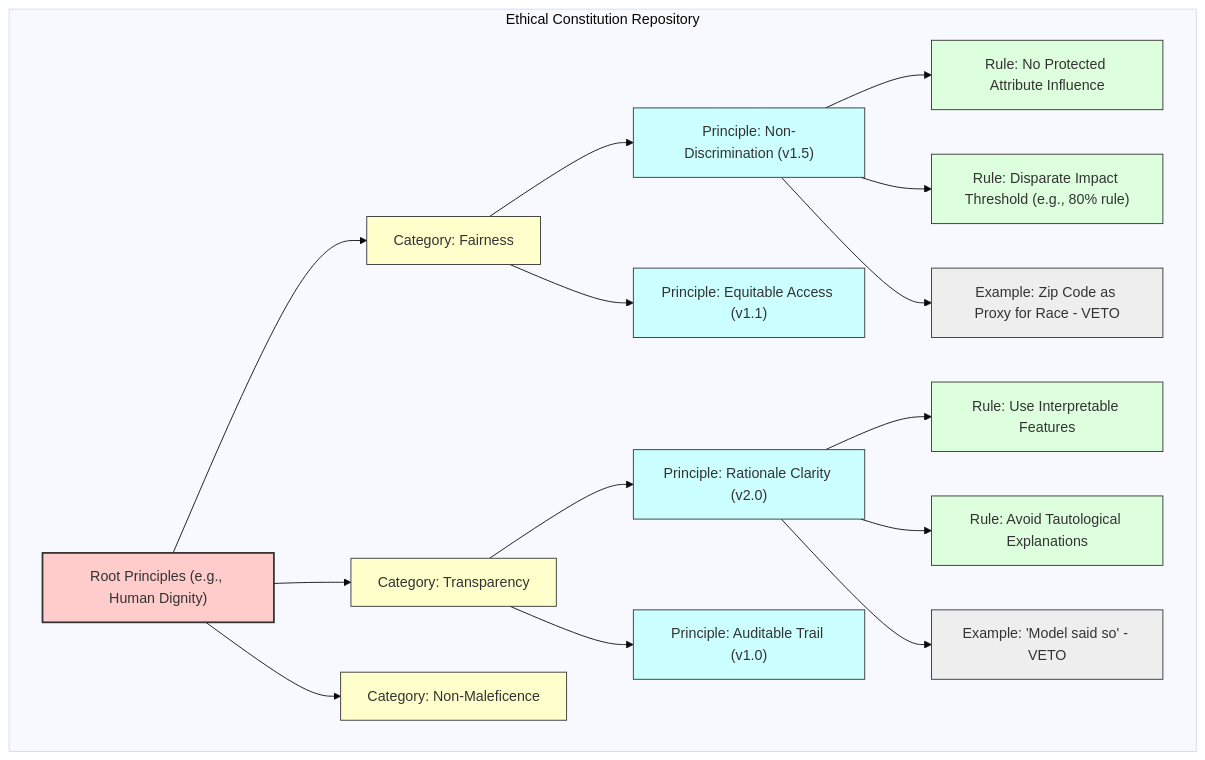
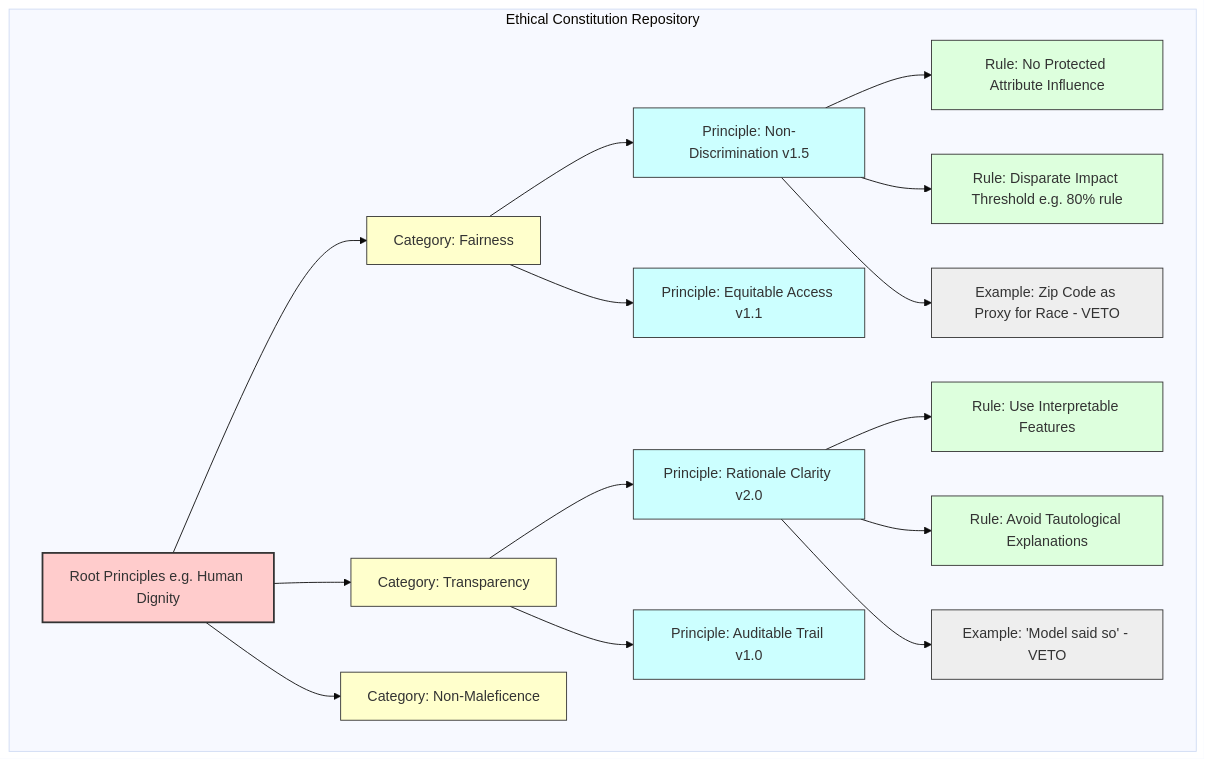
The seventh of 7 diagrams in inventions/026_ethical_governor_for_ai_systems.md (diplomat-bit/Citibank_Demo_Business_Inc_Demonstration-), drawn with Mermaid (base theme) before and after one commit. The commit also changed other lines of this file, not shown here.

````diff
--- a/inventions/026_ethical_governor_for_ai_systems.md
+++ b/inventions/026_ethical_governor_for_ai_systems.md
@@ -229,36 +389,36 @@
 ```mermaid
 graph TD
     subgraph Ethical Constitution Repository
-        ECR_ROOT["Root Principles (e.g., Human Dignity)"] --> ECR_CAT1["Category: Fairness"]
-        ECR_ROOT --> ECR_CAT2["Category: Transparency"]
-        ECR_ROOT --> ECR_CAT3["Category: Non-Maleficence"]
+        ECR_ROOT[Root Principles e.g. Human Dignity] --> ECR_CAT1[Category: Fairness]
+        ECR_ROOT --> ECR_CAT2[Category: Transparency]
+        ECR_ROOT --> ECR_CAT3[Category: Non-Maleficence]
 
-        ECR_CAT1 --> ECR_P1_1["Principle: Non-Discrimination (v1.5)"]
-        ECR_CAT1 --> ECR_P1_2["Principle: Equitable Access (v1.1)"]
-        ECR_CAT2 --> ECR_P2_1["Principle: Rationale Clarity (v2.0)"]
-        ECR_CAT2 --> ECR_P2_2["Principle: Auditable Trail (v1.0)"]
+        ECR_CAT1 --> ECR_P1_1[Principle: Non-Discrimination v1.5]
+        ECR_CAT1 --> ECR_P1_2[Principle: Equitable Access v1.1]
+        ECR_CAT2 --> ECR_P2_1[Principle: Rationale Clarity v2.0]
+        ECR_CAT2 --> ECR_P2_2[Principle: Auditable Trail v1.0]
 
-        ECR_P1_1 --> ECR_R1_1_1["Rule: No Protected Attribute Influence"]
-        ECR_P1_1 --> ECR_R1_1_2["Rule: Disparate Impact Threshold (e.g., 80% rule)"]
-        ECR_P1_1 --> ECR_EG1_1_1["Example: Zip Code as Proxy for Race - VETO"]
+        ECR_P1_1 --> ECR_R1_1_1[Rule: No Protected Attribute Influence]
+        ECR_P1_1 --> ECR_R1_1_2[Rule: Disparate Impact Threshold e.g. 80% rule]
+        ECR_P1_1 --> ECR_EG1_1_1[Example: Zip Code as Proxy for Race - VETO]
 
-        ECR_P2_1 --> ECR_R2_1_1["Rule: Use Interpretable Features"]
-        ECR_P2_1 --> ECR_R2_1_2["Rule: Avoid Tautological Explanations"]
-        ECR_P2_1 --> ECR_EG2_1_1["Example: 'Model said so' - VETO"]
+        ECR_P2_1 --> ECR_R2_1_1[Rule: Use Interpretable Features]
+        ECR_P2_1 --> ECR_R2_1_2[Rule: Avoid Tautological Explanations]
+        ECR_P2_1 --> ECR_EG2_1_1[Example: 'Model said so' - VETO]
 
         style ECR_ROOT fill:#fcc,stroke:#333,stroke-width:2px
         style ECR_CAT1 fill:#ffc,stroke:#333
         style ECR_CAT2 fill:#ffc,stroke:#333
         style ECR_CAT3 fill:#ffc,stroke:#333
         style ECR_P1_1 fill:#cff,stroke:#333
         style ECR_P1_2 fill:#cff,stroke:#333
         style ECR_P2_1 fill:#cff,stroke:#333
         style ECR_P2_2 fill:#cff,stroke:#333
         style ECR_R1_1_1 fill:#dfd,stroke:#333
         style ECR_R1_1_2 fill:#dfd,stroke:#333
         style ECR_EG1_1_1 fill:#eee,stroke:#333
         style ECR_R2_1_1 fill:#dfd,stroke:#333
         style ECR_R2_1_2 fill:#dfd,stroke:#333
         style ECR_EG2_1_1 fill:#eee,stroke:#333
     end
 ```
````
